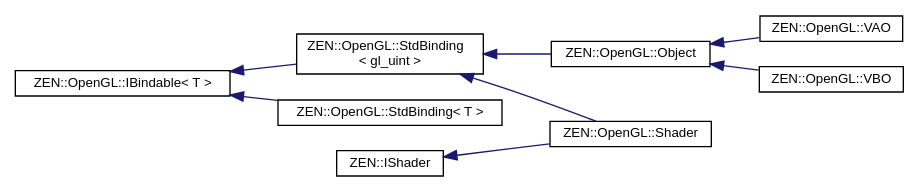
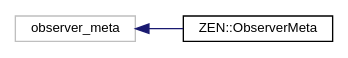
The diagram in inherit_graph_34.dot (markhj/zeronetics), drawn with Graphviz before and after one commit. The commit also changed 212 other files, not shown here.

```diff
--- a/inherit_graph_34.dot
+++ b/inherit_graph_34.dot
@@ -1,22 +1,10 @@
 digraph "Graphical Class Hierarchy"
 {
  // LATEX_PDF_SIZE
   edge [fontname="Helvetica",fontsize="10",labelfontname="Helvetica",labelfontsize="10"];
   node [fontname="Helvetica",fontsize="10",shape=record];
   rankdir="LR";
-  Node0 [label="ZEN::OpenGL::IBindable\< T \>",height=0.2,width=0.4,color="black", fillcolor="white", style="filled",URL="$classZEN_1_1OpenGL_1_1IBindable.html",tooltip=" "];
-  Node0 -> Node1 [dir="back",color="midnightblue",fontsize="10",style="solid",fontname="Helvetica"];
-  Node1 [label="ZEN::OpenGL::StdBinding\l\< gl_uint \>",height=0.2,width=0.4,color="black", fillcolor="white", style="filled",URL="$classZEN_1_1OpenGL_1_1StdBinding.html",tooltip=" "];
-  Node1 -> Node2 [dir="back",color="midnightblue",fontsize="10",style="solid",fontname="Helvetica"];
-  Node2 [label="ZEN::OpenGL::Object",height=0.2,width=0.4,color="black", fillcolor="white", style="filled",URL="$classZEN_1_1OpenGL_1_1Object.html",tooltip=" "];
-  Node2 -> Node3 [dir="back",color="midnightblue",fontsize="10",style="solid",fontname="Helvetica"];
-  Node3 [label="ZEN::OpenGL::VAO",height=0.2,width=0.4,color="black", fillcolor="white", style="filled",URL="$classZEN_1_1OpenGL_1_1VAO.html",tooltip=" "];
-  Node2 -> Node4 [dir="back",color="midnightblue",fontsize="10",style="solid",fontname="Helvetica"];
-  Node4 [label="ZEN::OpenGL::VBO",height=0.2,width=0.4,color="black", fillcolor="white", style="filled",URL="$classZEN_1_1OpenGL_1_1VBO.html",tooltip=" "];
-  Node1 -> Node5 [dir="back",color="midnightblue",fontsize="10",style="solid",fontname="Helvetica"];
-  Node5 [label="ZEN::OpenGL::Shader",height=0.2,width=0.4,color="black", fillcolor="white", style="filled",URL="$classZEN_1_1OpenGL_1_1Shader.html",tooltip=" "];
-  Node0 -> Node6 [dir="back",color="midnightblue",fontsize="10",style="solid",fontname="Helvetica"];
-  Node6 [label="ZEN::OpenGL::StdBinding\< T \>",height=0.2,width=0.4,color="black", fillcolor="white", style="filled",URL="$classZEN_1_1OpenGL_1_1StdBinding.html",tooltip=" "];
-  Node35 [label="ZEN::IShader",height=0.2,width=0.4,color="black", fillcolor="white", style="filled",URL="$classZEN_1_1IShader.html",tooltip=" "];
-  Node35 -> Node5 [dir="back",color="midnightblue",fontsize="10",style="solid",fontname="Helvetica"];
+  Node60 [label="observer_meta",height=0.2,width=0.4,color="grey75", fillcolor="white", style="filled",tooltip=" "];
+  Node60 -> Node0 [dir="back",color="midnightblue",fontsize="10",style="solid",fontname="Helvetica"];
+  Node0 [label="ZEN::ObserverMeta",height=0.2,width=0.4,color="black", fillcolor="white", style="filled",URL="$structZEN_1_1ObserverMeta.html",tooltip=" "];
 }
```
